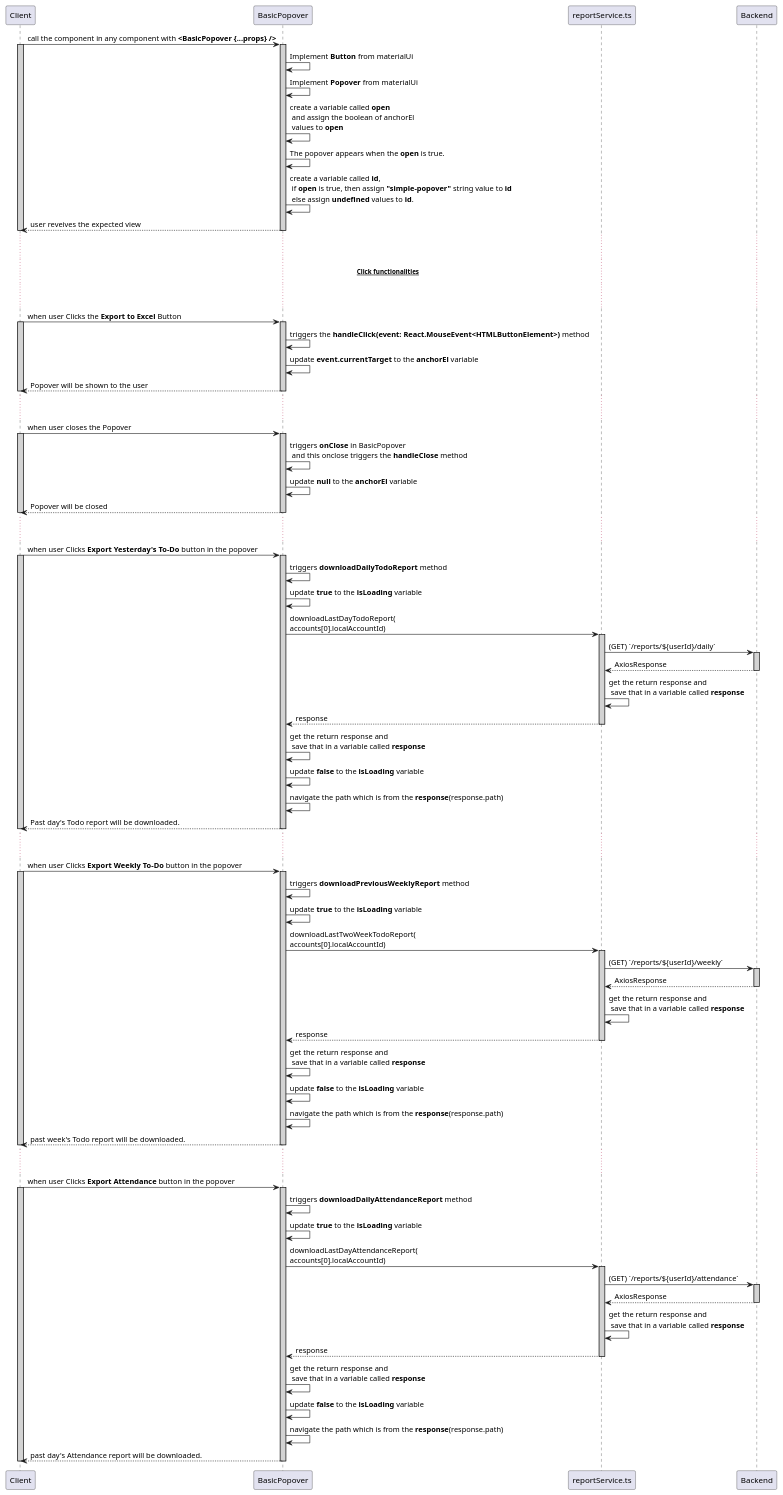
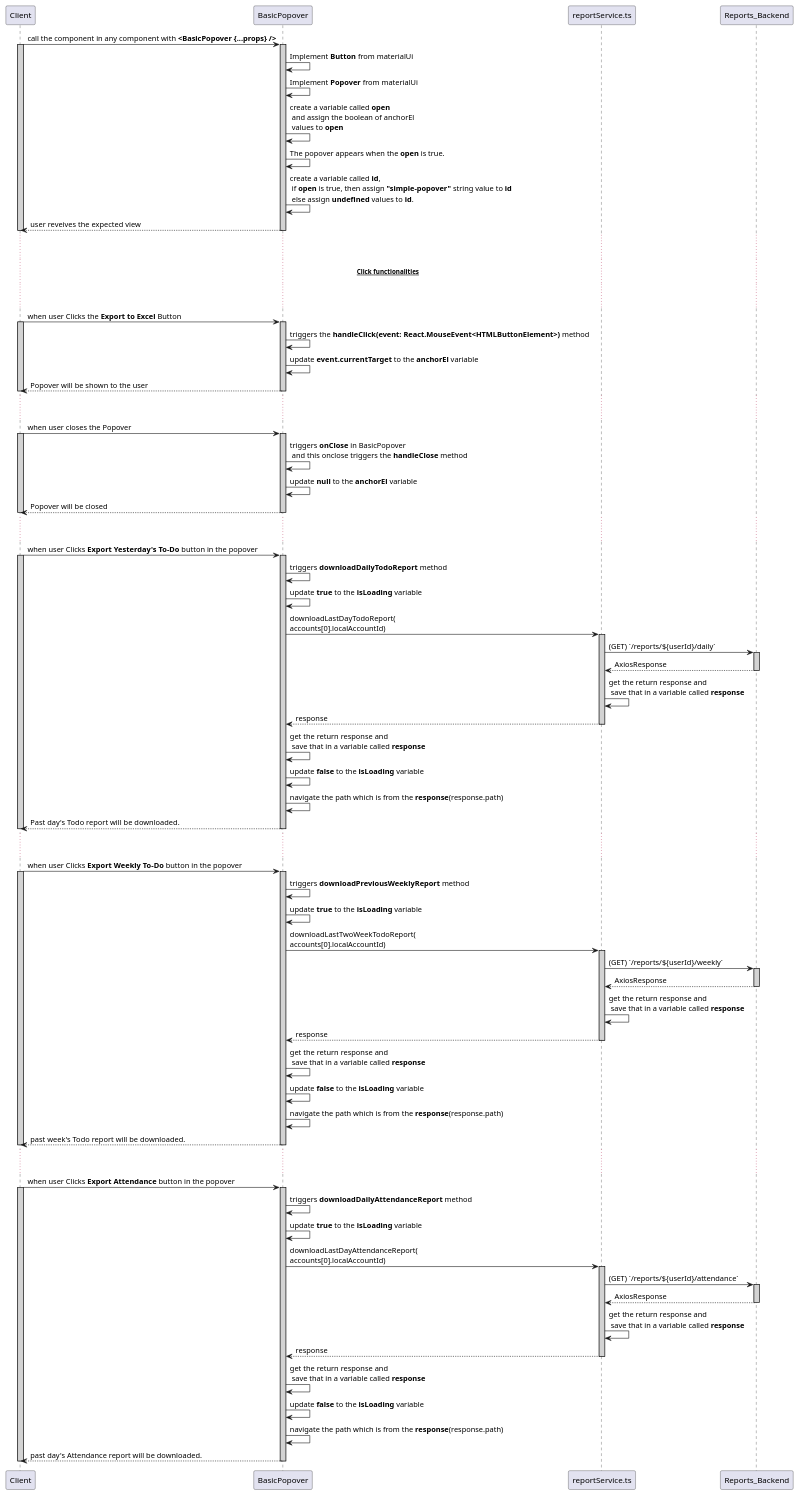
The diagram in frontend/components/basic_pop_over/basic_pop_over.sequence.puml (avasoft-mobility/workday-design), drawn with PlantUML before and after one commit. The commit also changed 8 other files, not shown here.

Commit message:
Change Backend to particular service backend

```diff
--- a/frontend/components/basic_pop_over/basic_pop_over.sequence.puml
+++ b/frontend/components/basic_pop_over/basic_pop_over.sequence.puml
@@ -1,112 +1,112 @@
 @startuml basic pop over
 participant Client
 participant BasicPopover
 participant reportService.ts
-participant Backend
+participant Reports_Backend
 
 Client -> BasicPopover : call the component in any component with **<BasicPopover {...props} />**
 activate Client #D3D3D3
     activate BasicPopover #D3D3D3
         BasicPopover -> BasicPopover : Implement **Button** from materialUi
         BasicPopover -> BasicPopover : Implement **Popover** from materialUi
         BasicPopover -> BasicPopover : create a variable called **open**\n and assign the boolean of anchorEl\n values to **open**
         BasicPopover -> BasicPopover : The popover appears when the **open** is true.
         BasicPopover -> BasicPopover : create a variable called **id**,\n if **open** is true, then assign **"simple-popover"** string value to **id**\n else assign **undefined** values to **id**.
         Client <-- BasicPopover : user reveives the expected view
     deactivate BasicPopover 
 deactivate Client
 
 ... ...
 ...~~**Click functionalities**~~ ...
 ... ...
 
 Client -> BasicPopover : when user Clicks the **Export to Excel** Button
 activate Client #D3D3D3
     activate BasicPopover #D3D3D3
         BasicPopover -> BasicPopover : triggers the **handleClick(event: React.MouseEvent<HTMLButtonElement>)** method
         BasicPopover -> BasicPopover : update **event.currentTarget** to the **anchorEl** variable
         Client <-- BasicPopover : Popover will be shown to the user
     deactivate BasicPopover
 deactivate Client
 
 ... ...
 
 Client -> BasicPopover : when user closes the Popover
 activate Client #D3D3D3
     activate BasicPopover #D3D3D3
         BasicPopover -> BasicPopover : triggers **onClose** in BasicPopover\n and this onclose triggers the **handleClose** method
         BasicPopover -> BasicPopover :  update **null** to the **anchorEl** variable
         Client <-- BasicPopover : Popover will be closed
     deactivate BasicPopover
 deactivate Client
 
 ... ...
 
 Client -> BasicPopover : when user Clicks **Export Yesterday's To-Do** button in the popover
 activate Client #D3D3D3
     activate BasicPopover #D3D3D3
         BasicPopover -> BasicPopover : triggers **downloadDailyTodoReport** method
         BasicPopover -> BasicPopover : update **true** to the **isLoading** variable
         BasicPopover -> reportService.ts : downloadLastDayTodoReport(\naccounts[0].localAccountId)
         activate reportService.ts #D3D3D3
-            reportService.ts -> Backend : (GET) `/reports/${userId}/daily`
-            activate Backend #D3D3D3
-                reportService.ts <-- Backend :AxiosResponse
-            deactivate Backend
+            reportService.ts -> Reports_Backend : (GET) `/reports/${userId}/daily`
+            activate Reports_Backend #D3D3D3
+                reportService.ts <-- Reports_Backend :AxiosResponse
+            deactivate Reports_Backend
             reportService.ts -> reportService.ts : get the return response and\n save that in a variable called **response**
             BasicPopover <-- reportService.ts : response
         deactivate reportService.ts
         BasicPopover -> BasicPopover : get the return response and\n save that in a variable called **response**
         BasicPopover -> BasicPopover : update **false** to the **isLoading** variable
         BasicPopover -> BasicPopover : navigate the path which is from the **response**(response.path)
         Client <-- BasicPopover : Past day's Todo report will be downloaded.
     deactivate BasicPopover
 deactivate Client
 
 ... ...
 
 Client -> BasicPopover : when user Clicks **Export Weekly To-Do** button in the popover
 activate Client #D3D3D3
     activate BasicPopover #D3D3D3
         BasicPopover -> BasicPopover : triggers **downloadPreviousWeeklyReport** method
         BasicPopover -> BasicPopover : update **true** to the **isLoading** variable
         BasicPopover -> reportService.ts : downloadLastTwoWeekTodoReport(\naccounts[0].localAccountId)
         activate reportService.ts #D3D3D3
-            reportService.ts -> Backend : (GET) `/reports/${userId}/weekly`
-            activate Backend #D3D3D3
-                reportService.ts <-- Backend :AxiosResponse
-            deactivate Backend
+            reportService.ts -> Reports_Backend : (GET) `/reports/${userId}/weekly`
+            activate Reports_Backend #D3D3D3
+                reportService.ts <-- Reports_Backend :AxiosResponse
+            deactivate Reports_Backend
             reportService.ts -> reportService.ts : get the return response and\n save that in a variable called **response**
             BasicPopover <-- reportService.ts : response
         deactivate reportService.ts
         BasicPopover -> BasicPopover : get the return response and\n save that in a variable called **response**
         BasicPopover -> BasicPopover : update **false** to the **isLoading** variable
         BasicPopover -> BasicPopover : navigate the path which is from the **response**(response.path)
         Client <-- BasicPopover : past week's Todo report will be downloaded.
     deactivate BasicPopover
 deactivate Client
 
 ... ...
 
 Client -> BasicPopover : when user Clicks **Export Attendance** button in the popover
 activate Client #D3D3D3
     activate BasicPopover #D3D3D3
         BasicPopover -> BasicPopover : triggers **downloadDailyAttendanceReport** method
         BasicPopover -> BasicPopover : update **true** to the **isLoading** variable
         BasicPopover -> reportService.ts : downloadLastDayAttendanceReport(\naccounts[0].localAccountId)
         activate reportService.ts #D3D3D3
-            reportService.ts -> Backend : (GET) `/reports/${userId}/attendance`
-            activate Backend #D3D3D3
-                reportService.ts <-- Backend :AxiosResponse
-            deactivate Backend
+            reportService.ts -> Reports_Backend : (GET) `/reports/${userId}/attendance`
+            activate Reports_Backend #D3D3D3
+                reportService.ts <-- Reports_Backend :AxiosResponse
+            deactivate Reports_Backend
             reportService.ts -> reportService.ts : get the return response and\n save that in a variable called **response**
             BasicPopover <-- reportService.ts : response
         deactivate reportService.ts
         BasicPopover -> BasicPopover : get the return response and\n save that in a variable called **response**
         BasicPopover -> BasicPopover : update **false** to the **isLoading** variable
         BasicPopover -> BasicPopover : navigate the path which is from the **response**(response.path)
         Client <-- BasicPopover : past day's Attendance report will be downloaded.
     deactivate BasicPopover
 deactivate Client
 
 @enduml
```
